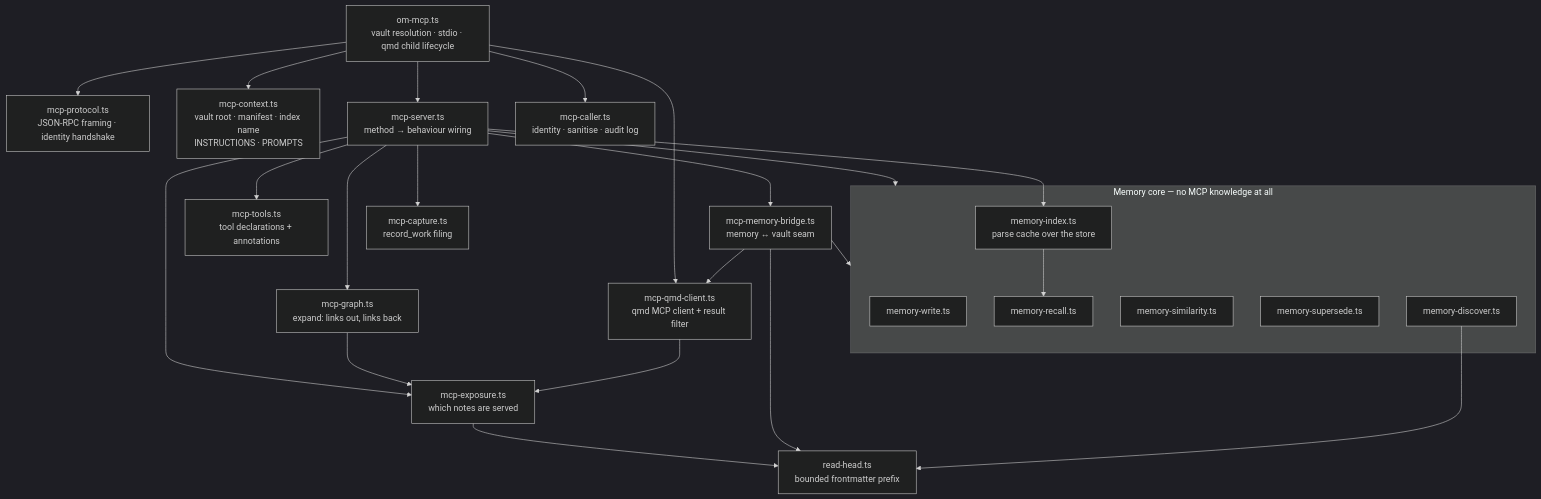
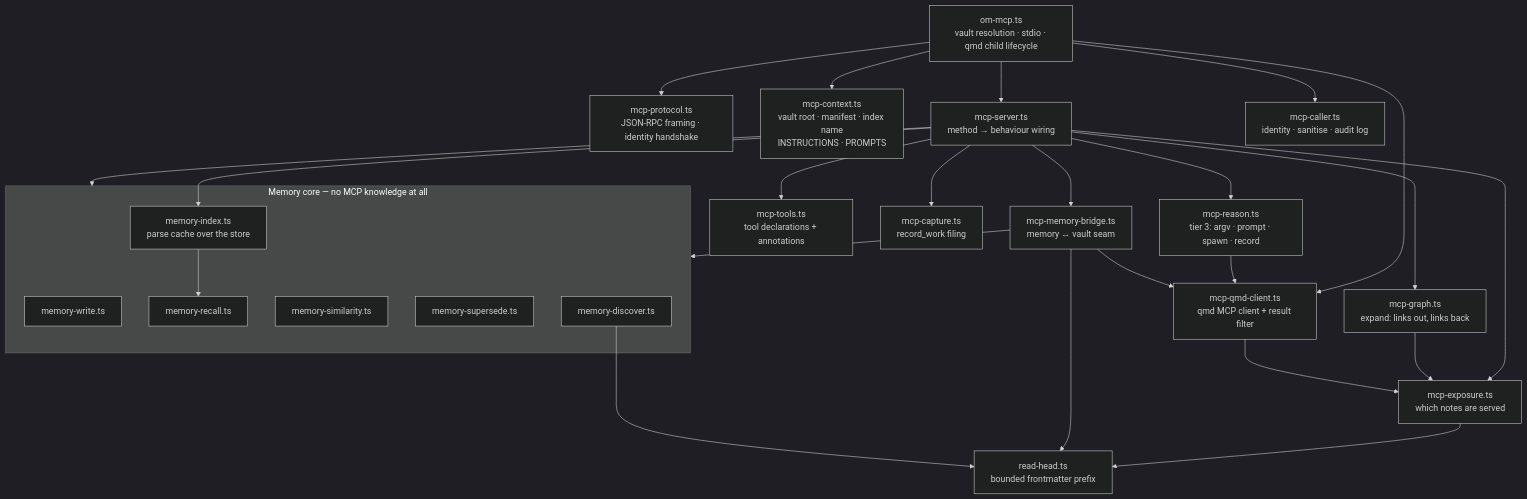
The seventh of 21 diagrams in ARCHITECTURE.md (breferrari/obsidian-mind), drawn with Mermaid (dark theme) before and after one commit. The commit also changed other lines of this file and 12 other files, not shown here.

````diff
--- a/ARCHITECTURE.md
+++ b/ARCHITECTURE.md
@@ -380,44 +382,47 @@
 ```mermaid
 flowchart TB
     Entry["om-mcp.ts<br/>vault resolution · stdio · qmd child lifecycle"]
     Proto["mcp-protocol.ts<br/>JSON-RPC framing · identity handshake"]
     Ctx["mcp-context.ts<br/>vault root · manifest · index name<br/>INSTRUCTIONS · PROMPTS"]
     Server["mcp-server.ts<br/>method → behaviour wiring"]
     Tools["mcp-tools.ts<br/>tool declarations + annotations"]
     Exp["mcp-exposure.ts<br/>which notes are served"]
     Qmd["mcp-qmd-client.ts<br/>qmd MCP client + result filter"]
     Graph["mcp-graph.ts<br/>expand: links out, links back"]
     Caller["mcp-caller.ts<br/>identity · sanitise · audit log"]
     Bridge["mcp-memory-bridge.ts<br/>memory ↔ vault seam"]
     Capture["mcp-capture.ts<br/>record_work filing"]
+    Reason["mcp-reason.ts<br/>tier 3: argv · prompt · spawn · record"]
     RH["read-head.ts<br/>bounded frontmatter prefix"]
     subgraph Core["Memory core — no MCP knowledge at all"]
         MW["memory-write.ts"]
         MR["memory-recall.ts"]
         MS["memory-similarity.ts"]
         MSup["memory-supersede.ts"]
         MD["memory-discover.ts"]
         Idx["memory-index.ts<br/>parse cache over the store"]
     end
 
     Entry --> Proto
     Entry --> Ctx
     Entry --> Server
     Entry --> Qmd
     Entry --> Caller
     Server --> Tools
     Server --> Exp
     Server --> Graph
     Server --> Bridge
     Server --> Capture
+    Server --> Reason
     Server --> Idx
     Server --> Core
+    Reason --> Qmd
     Idx --> MR
     Graph --> Exp
     Qmd --> Exp
     Bridge --> Core
     Bridge --> Qmd
     Exp --> RH
     Bridge --> RH
     MD --> RH
 ```
````
